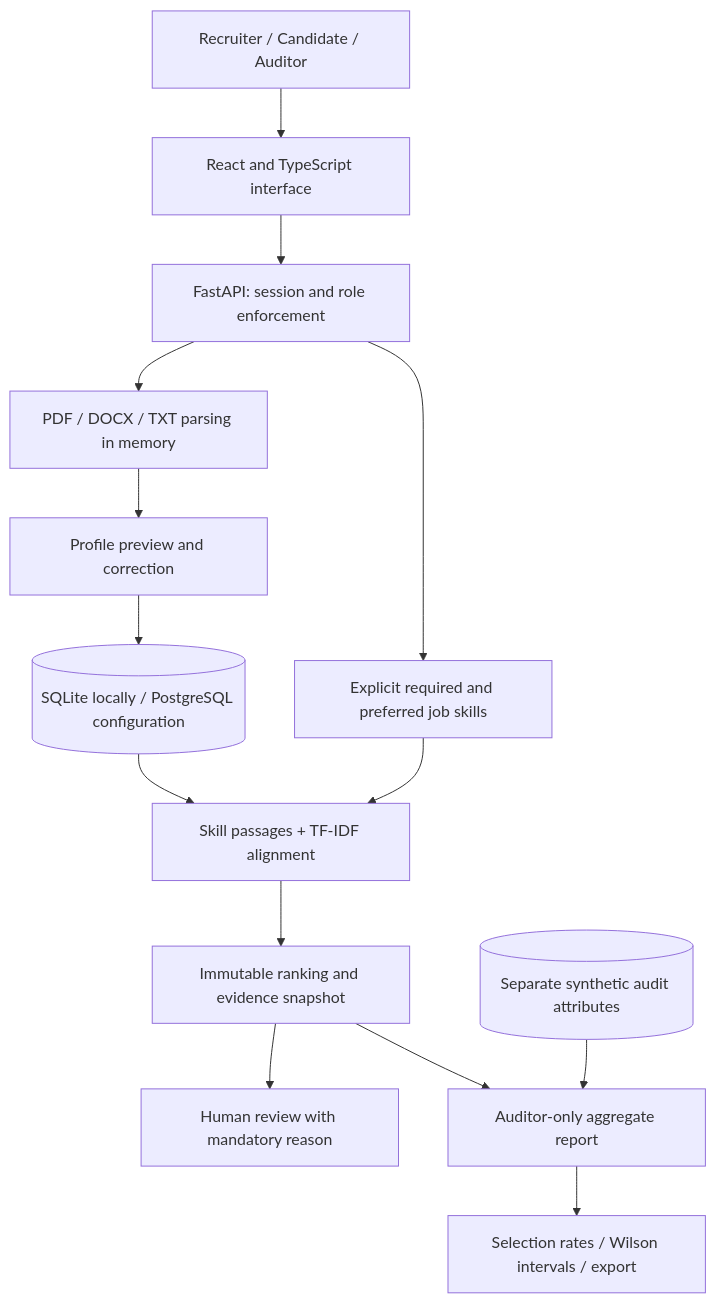
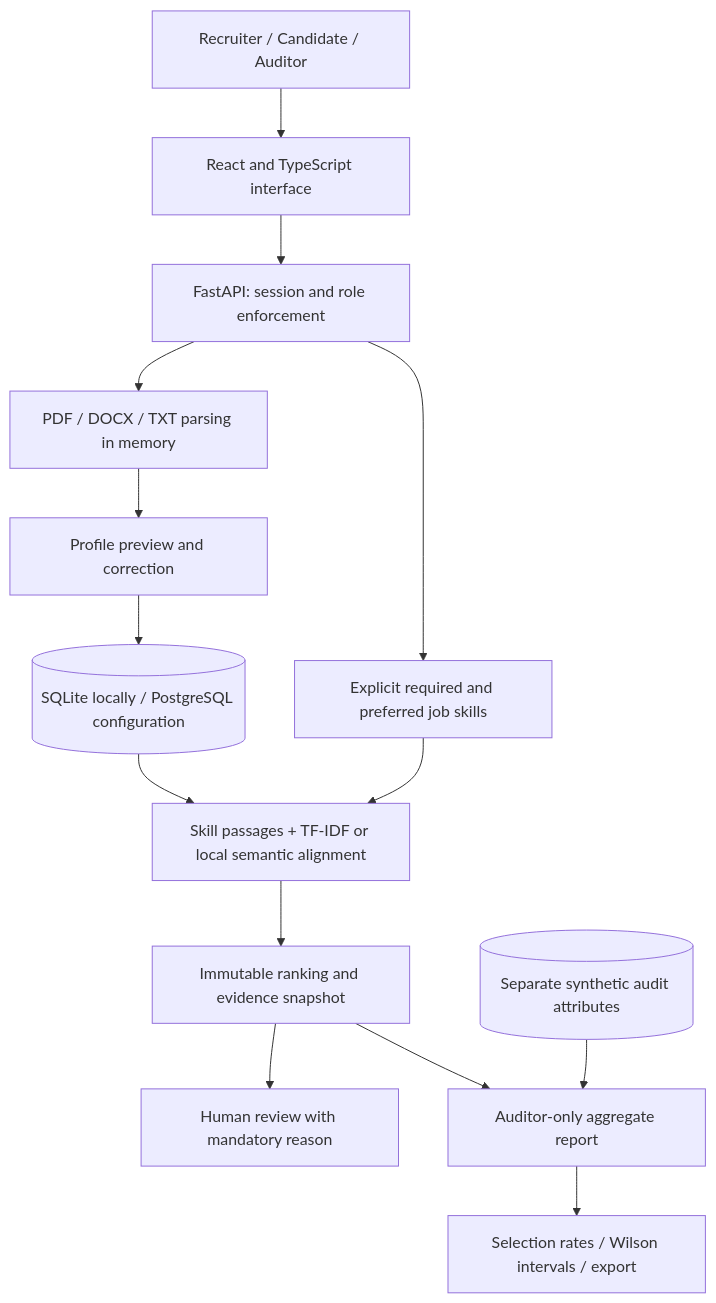
Before and after one commit to Harshavardhan1636/Candidate_Lab: the diagram in EVALUATION.md, drawn with Mermaid. The commit also changed other lines of this file and 38 other files, not shown here.

````diff
--- a/EVALUATION.md
+++ b/EVALUATION.md
@@ -10,16 +13,16 @@
 ```mermaid
 flowchart TD
   U[Recruiter / Candidate / Auditor] --> UI[React and TypeScript interface]
   UI --> A[FastAPI: session and role enforcement]
   A --> P[PDF / DOCX / TXT parsing in memory]
   P --> C[Profile preview and correction]
   C --> D[(SQLite locally / PostgreSQL configuration)]
   A --> J[Explicit required and preferred job skills]
-  D --> S[Skill passages + TF-IDF alignment]
+  D --> S[Skill passages + TF-IDF or local semantic alignment]
   J --> S
   S --> R[Immutable ranking and evidence snapshot]
   R --> H[Human review with mandatory reason]
   R --> F[Auditor-only aggregate report]
   G[(Separate synthetic audit attributes)] --> F
   F --> X[Selection rates / Wilson intervals / export]
 ```
````
